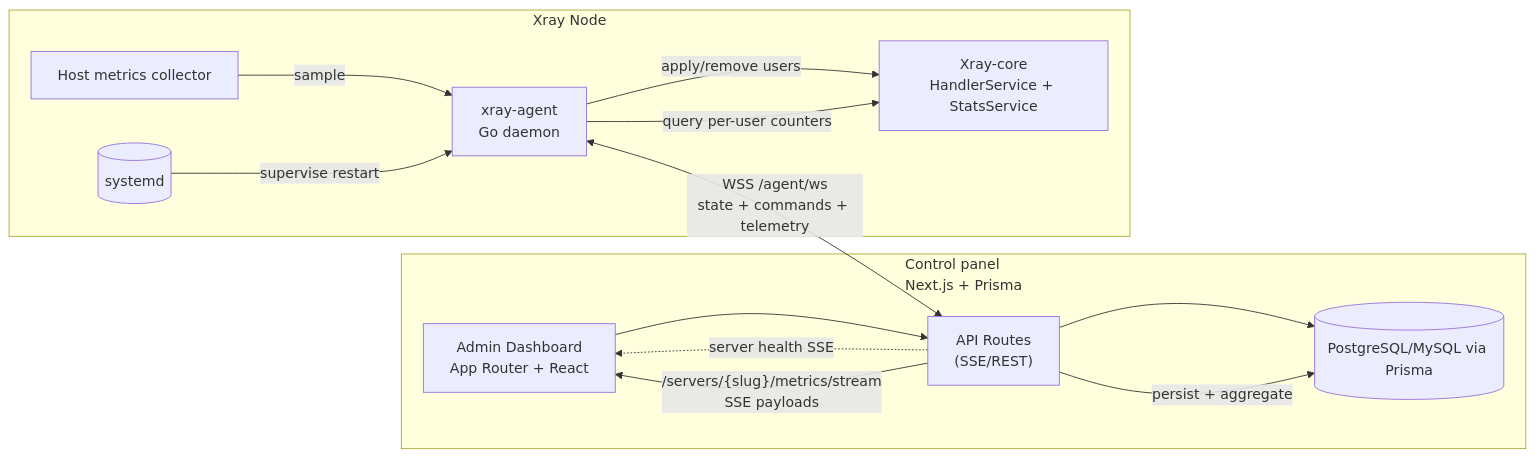
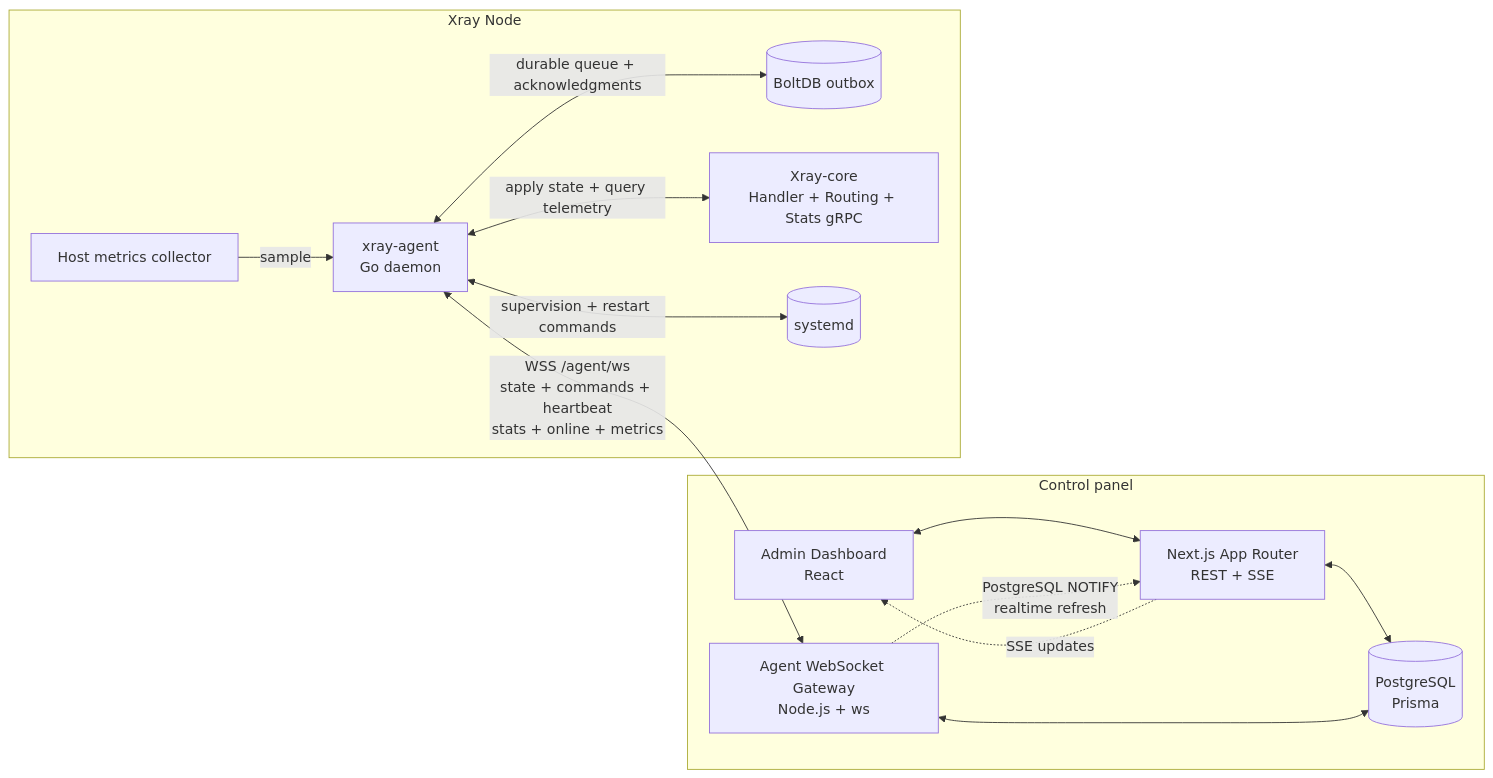
The diagram in README.md (najahiiii/xray-agent), drawn with Mermaid before and after one commit. The commit also changed other lines of this file and 16 other files, not shown here.

````diff
--- a/README.md
+++ b/README.md
@@ -16,24 +16,30 @@
 ```mermaid
 flowchart LR
-  subgraph Controlpanel["Control panel<br/>Next.js + Prisma"]
-    UI["Admin Dashboard<br/>App Router + React"] --> API["API Routes<br/>(SSE/REST)"]
-    API --> DB[(PostgreSQL/MySQL via Prisma)]
-    API -. "server health SSE" .-> UI
+  subgraph ControlPlane["Control panel"]
+    UI["Admin Dashboard<br/>React"]
+    Web["Next.js App Router<br/>REST + SSE"]
+    Gateway["Agent WebSocket Gateway<br/>Node.js + ws"]
+    DB[(PostgreSQL<br/>Prisma)]
+
+    UI <--> Web
+    Web <--> DB
+    Gateway <--> DB
+    Gateway -. "PostgreSQL NOTIFY<br/>realtime refresh" .-> Web
+    Web -. "SSE updates" .-> UI
   end
 
   subgraph ServerNode["Xray Node"]
     Agent["xray-agent<br/>Go daemon"]
-    XrayCore["Xray-core<br/>HandlerService + StatsService"]
+    Outbox[(BoltDB outbox)]
+    XrayCore["Xray-core<br/>Handler + Routing + Stats gRPC"]
     Metrics["Host metrics collector"]
     Systemd[(systemd)]
+
+    Agent <--> |"durable queue + acknowledgments"| Outbox
+    Agent <--> |"apply state + query telemetry"| XrayCore
+    Metrics --> |"sample"| Agent
+    Agent <--> |"supervision + restart commands"| Systemd
   end
 
-  Agent <--> |"WSS /agent/ws<br/>state + commands + telemetry"| API
-
-  Agent --> |"apply/remove users"| XrayCore
-  Agent --> |"query per-user counters"| XrayCore
-  Metrics --> |sample| Agent
-  Systemd --> |"supervise restart"| Agent
-  API --> |"persist + aggregate"| DB
-  API --> |"/servers/{slug}/metrics/stream<br/>SSE payloads"| UI
+  Agent <--> |"WSS /agent/ws<br/>state + commands + heartbeat<br/>stats + online + metrics"| Gateway
 ```
````
